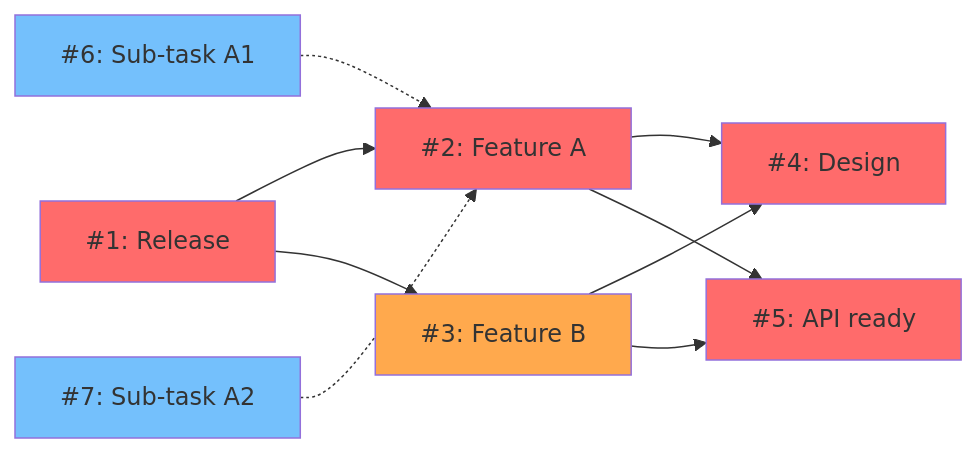
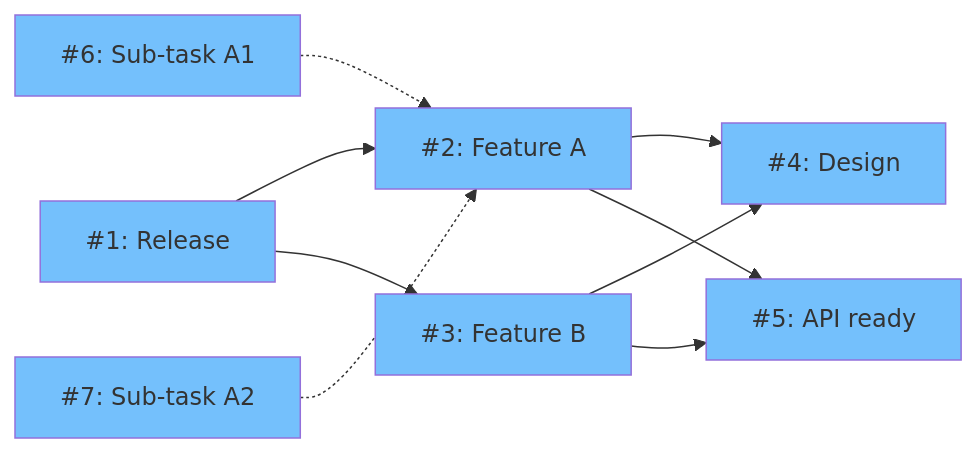
The seventh of 7 diagrams in docs/issue-relationships.md (krhrtky/github-issue-visualizer), drawn with Mermaid before and after one commit. The commit also changed other lines of this file and 2 other files, not shown here.

````diff
--- a/docs/issue-relationships.md
+++ b/docs/issue-relationships.md
@@ -220,20 +196,20 @@
 ```mermaid
 graph LR
     N1[#1: Release] --> N2[#2: Feature A]
     N1 --> N3[#3: Feature B]
     N2 --> N4[#4: Design]
     N3 --> N4
     N2 --> N5[#5: API ready]
     N3 --> N5
 
     N6[#6: Sub-task A1] -.-> N2
     N7[#7: Sub-task A2] -.-> N2
 
-    style N1 fill:#ff6b6b
-    style N2 fill:#ff6b6b
-    style N3 fill:#ffa94d
-    style N4 fill:#ff6b6b
-    style N5 fill:#ff6b6b
+    style N1 fill:#74c0fc
+    style N2 fill:#74c0fc
+    style N3 fill:#74c0fc
+    style N4 fill:#74c0fc
+    style N5 fill:#74c0fc
     style N6 fill:#74c0fc
     style N7 fill:#74c0fc
 ```
````
